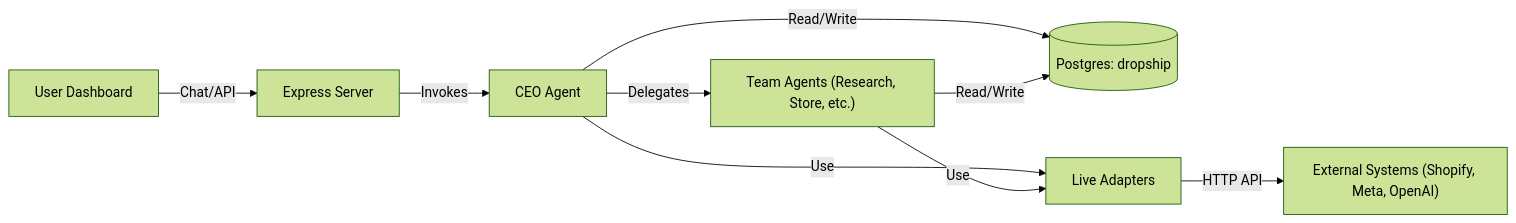
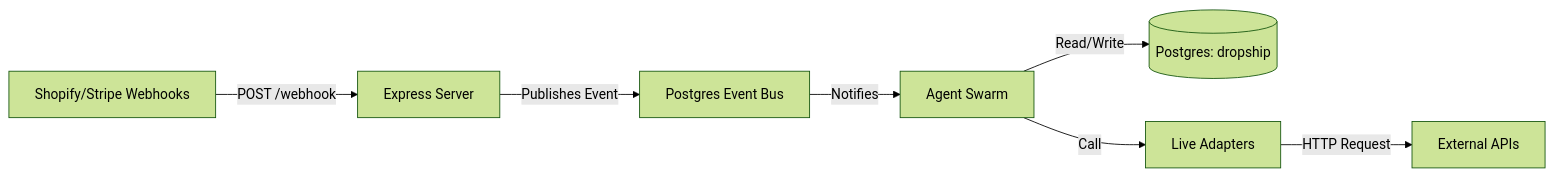
One commit to andylelli/ds1 changed the second of 2 diagrams in Documentation/Reference/ENVIRONMENT_SIMULATION_V_LIVE.md. Above: the diagram before and after it, drawn with Mermaid (forest theme). The commit also changed other lines of this file and 1 other file, not shown here.

````diff
--- a/Documentation/Reference/ENVIRONMENT_SIMULATION_V_LIVE.md
+++ b/Documentation/Reference/ENVIRONMENT_SIMULATION_V_LIVE.md
@@ -29,9 +37,9 @@
 ```mermaid
 flowchart LR
-  User["User Dashboard"] -->|Chat/API| Express[Express Server]
-  Express -->|Invokes| CEO["CEO Agent"]
-  CEO -->|Delegates| Team["Team Agents (Research, Store, etc.)"]
-  CEO & Team -->|Read/Write| DB[("Postgres: dropship")]
-  CEO & Team -->|Use| LiveAdapters["Live Adapters"]
-  LiveAdapters -->|HTTP API| External["External Systems (Shopify, Meta, OpenAI)"]
+  World[Shopify/Stripe Webhooks] -->|POST /webhook| API[Express Server]
+  API -->|Publishes Event| Bus[Postgres Event Bus]
+  Bus -->|Notifies| Agents[Agent Swarm]
+  Agents -->|Read/Write| DB[(Postgres: dropship)]
+  Agents -->|Call| Real[Live Adapters]
+  Real -->|HTTP Request| External[External APIs]
 ```
````
